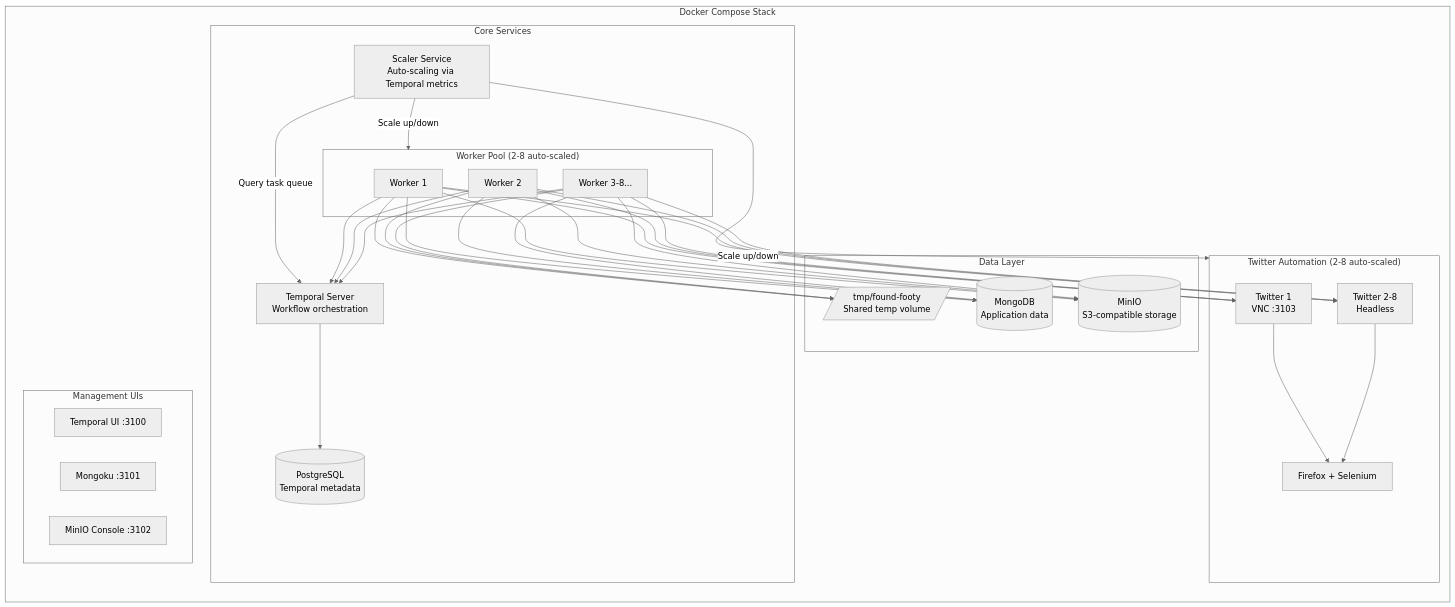
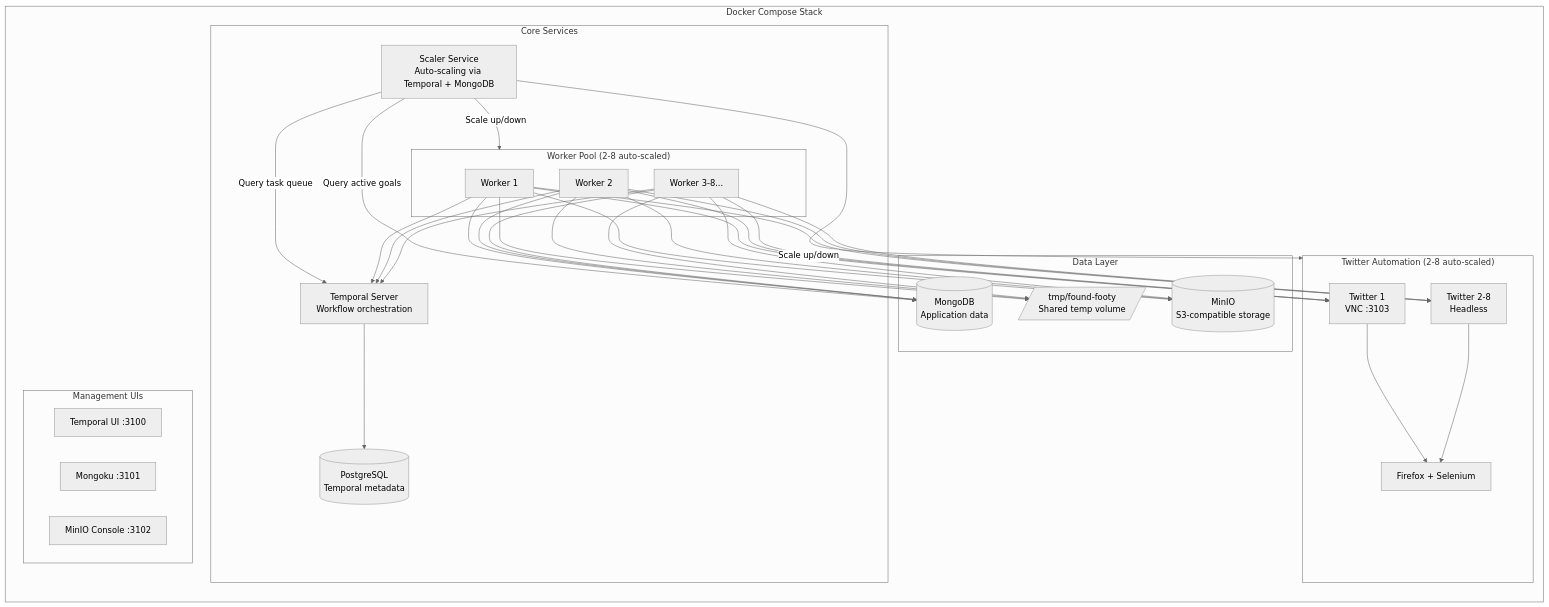
One commit to vedantadhobley/found-footy changed the eighth of 15 diagrams in README.md. Above: the diagram before and after it, drawn with Mermaid (neutral theme). The commit also changed other lines of this file and 1 other file, not shown here.

First line of the commit message:
feat(scaler): use MongoDB active goals for Twitter scaling

````diff
--- a/README.md
+++ b/README.md
@@ -326,45 +326,46 @@
 ```mermaid
 flowchart TB
     subgraph DOCKER["Docker Compose Stack"]
         direction TB
         
         subgraph CORE["Core Services"]
             subgraph WORKERS["Worker Pool (2-8 auto-scaled)"]
                 W1[Worker 1]
                 W2[Worker 2]
                 WN[Worker 3-8...]
             end
             TEMPORAL[Temporal Server<br/>Workflow orchestration]
             POSTGRES[(PostgreSQL<br/>Temporal metadata)]
-            SCALER[Scaler Service<br/>Auto-scaling via Temporal metrics]
+            SCALER[Scaler Service<br/>Auto-scaling via Temporal + MongoDB]
         end
         
         subgraph DATA["Data Layer"]
             MONGO[(MongoDB<br/>Application data)]
             MINIO[(MinIO<br/>S3-compatible storage)]
             TEMP[/tmp/found-footy<br/>Shared temp volume/]
         end
         
         subgraph TWITTER["Twitter Automation (2-8 auto-scaled)"]
             T1[Twitter 1<br/>VNC :3103]
             T2[Twitter 2-8<br/>Headless]
             FIREFOX[Firefox + Selenium]
         end
         
         subgraph UI["Management UIs"]
             TEMPUI[Temporal UI :3100]
             MONGOKU[Mongoku :3101]
             MINIOUI[MinIO Console :3102]
         end
     end
     
     SCALER -->|Query task queue| TEMPORAL
+    SCALER -->|Query active goals| MONGO
     SCALER -->|Scale up/down| WORKERS & TWITTER
     W1 & W2 & WN --> TEMPORAL
     W1 & W2 & WN --> TEMP
     TEMPORAL --> POSTGRES
     W1 & W2 & WN --> MONGO
     W1 & W2 & WN --> MINIO
     W1 & W2 & WN --> T1 & T2
     T1 & T2 --> FIREFOX
 ```
````
